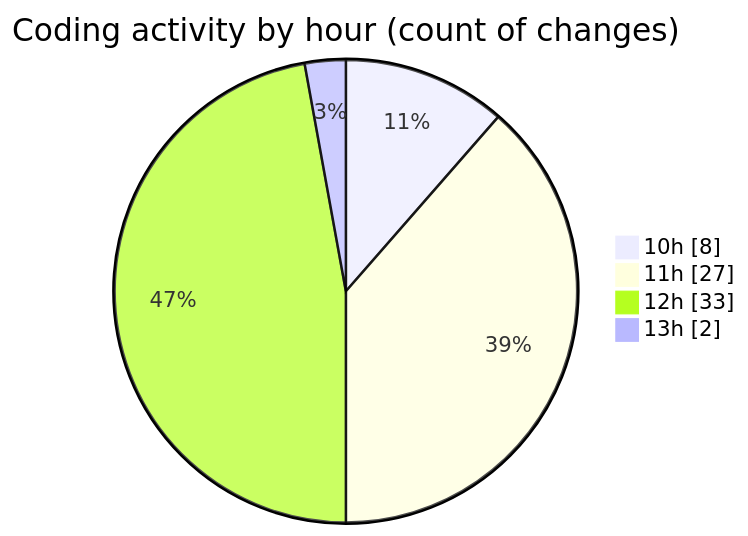
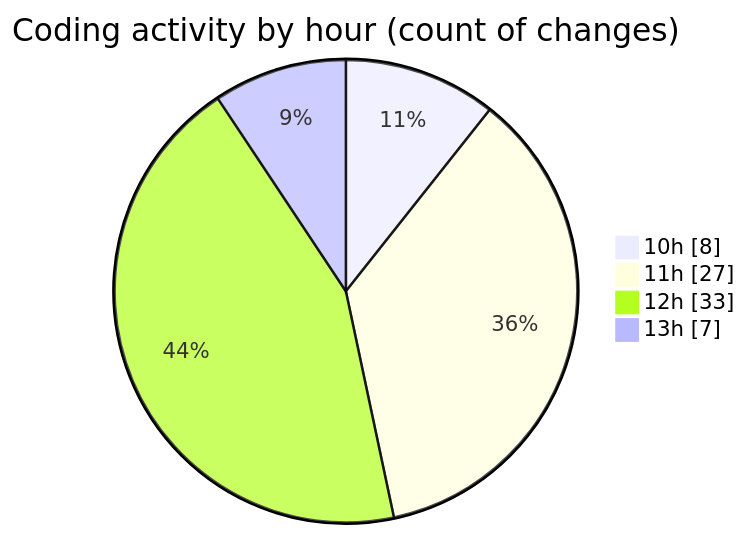
The second of 2 diagrams in 2025-09-29/nxtqube_webapp/README.md (nxtqubesakshisongat/code-tracking), drawn with Mermaid before and after one commit. The commit also changed other lines of this file and 1 other file, not shown here.

````diff
--- a/2025-09-29/nxtqube_webapp/README.md
+++ b/2025-09-29/nxtqube_webapp/README.md
@@ -31,8 +31,8 @@
 ```mermaid
 pie showData
 title Coding activity by hour (count of changes)
 "10h" : 8
 "11h" : 27
 "12h" : 33
-"13h" : 2
+"13h" : 7
 ```
````
